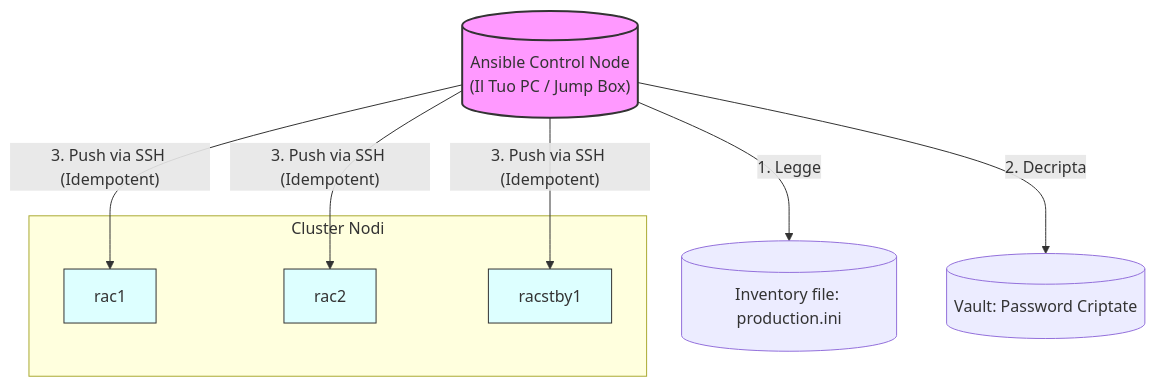
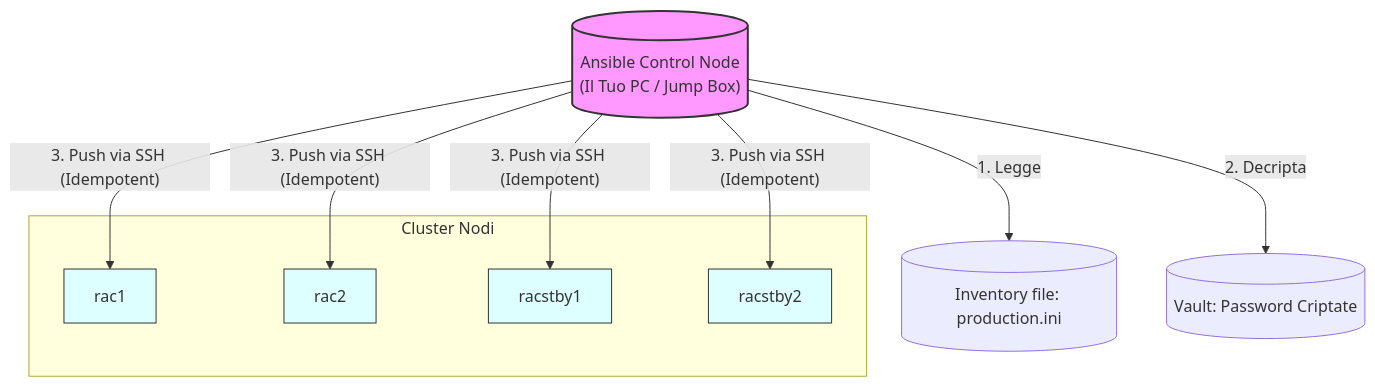
One commit to Mohamed-DN/dba_oracle_lab changed the diagram in automation/README.md. Above: the diagram before and after it, drawn with Mermaid.

Commit message:
Add Node4 to the automation diagram

````diff
--- a/automation/README.md
+++ b/automation/README.md
@@ -10,24 +10,27 @@
 ```mermaid
 graph TD
     ControlNode[("Ansible Control Node\n(Il Tuo PC / Jump Box)")]
     
     subgraph "Cluster Nodi"
         Node1[rac1]
         Node2[rac2]
         Node3[racstby1]
+        Node4[racstby2]
     end
     
     Inventory[(Inventory file: production.ini)]
     Vault[(Vault: Password Criptate)]
     
     ControlNode -- "1. Legge" --> Inventory
     ControlNode -- "2. Decripta" --> Vault
     ControlNode -- "3. Push via SSH (Idempotent)" --> Node1
     ControlNode -- "3. Push via SSH (Idempotent)" --> Node2
     ControlNode -- "3. Push via SSH (Idempotent)" --> Node3
+    ControlNode -- "3. Push via SSH (Idempotent)" --> Node4
     
     style ControlNode fill:#f9f,stroke:#333,stroke-width:2px
     style Node1 fill:#dff,stroke:#333
     style Node2 fill:#dff,stroke:#333
     style Node3 fill:#dff,stroke:#333
+    style Node4 fill:#dff,stroke:#333
 ```
````
